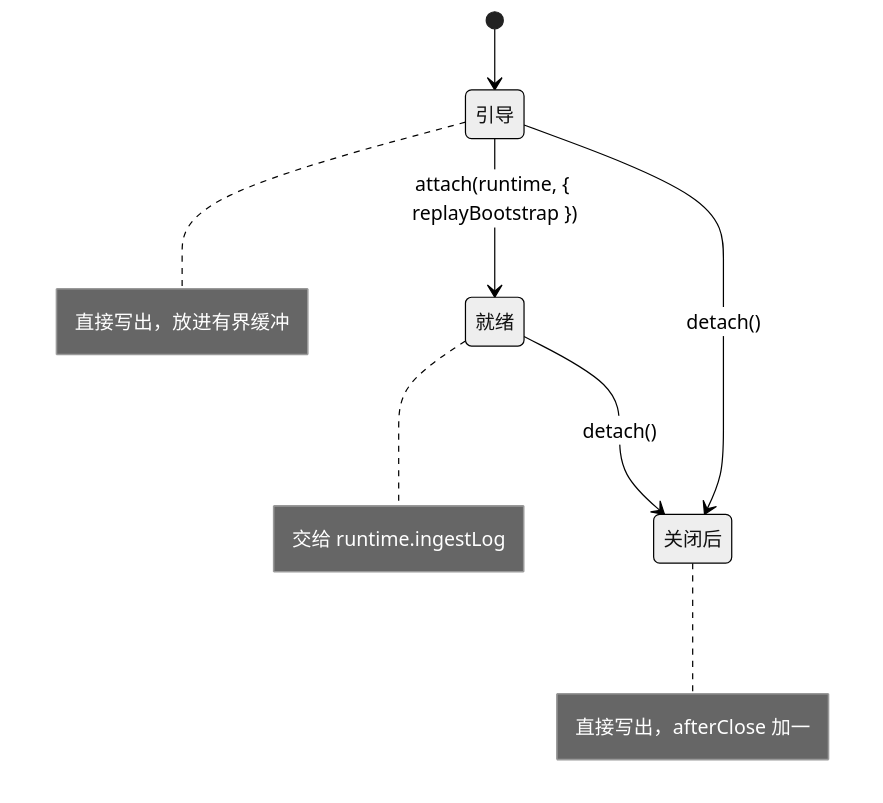
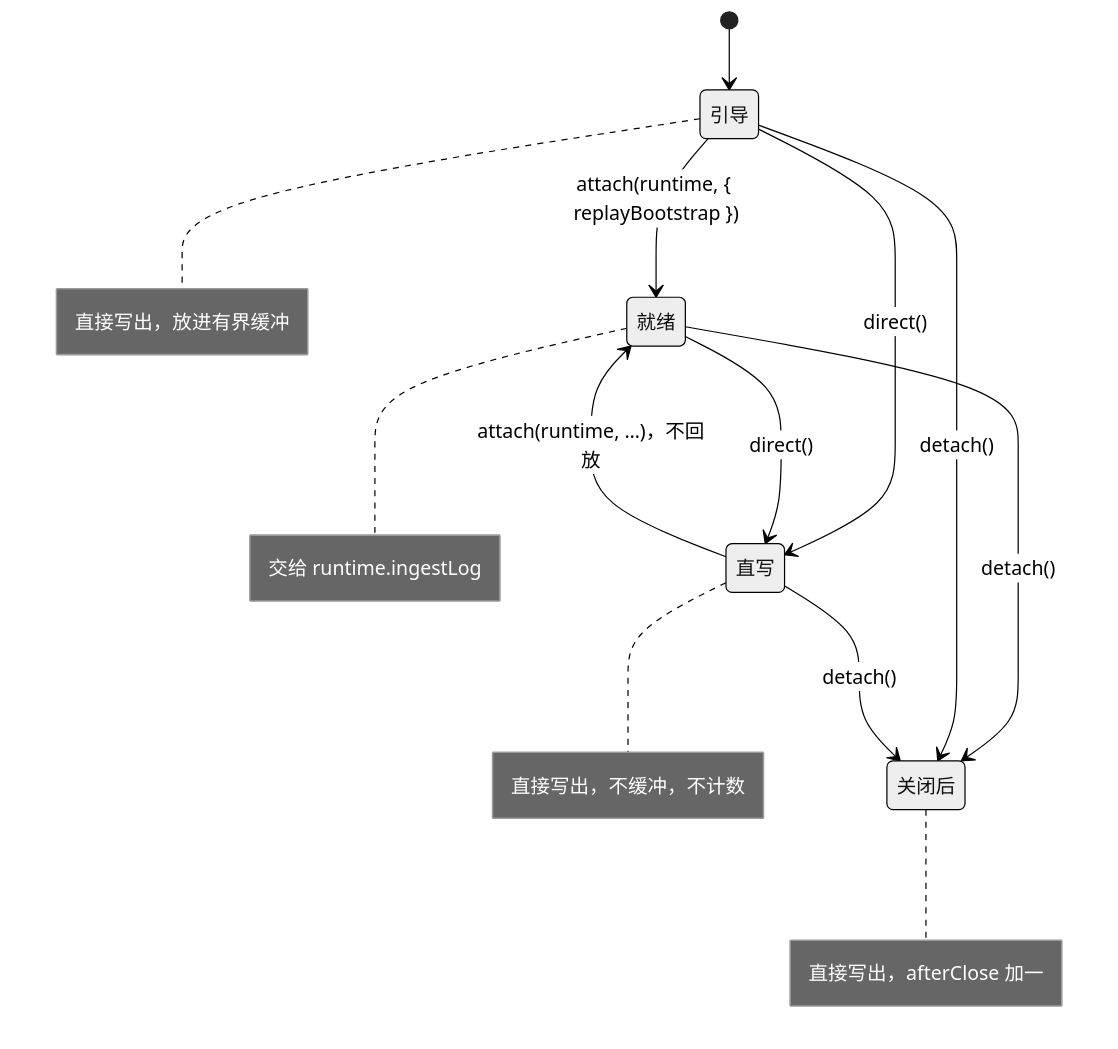
Before and after one commit to nemori-ai/omne-harness-lite: the third of 4 diagrams in packages/telemetry/telemetry-node/docs/flows.md, drawn with Mermaid (neutral theme). The commit also changed other lines of this file and 37 other files, not shown here.

````diff
--- a/packages/telemetry/telemetry-node/docs/flows.md
+++ b/packages/telemetry/telemetry-node/docs/flows.md
@@ -55,10 +57,15 @@
 ```mermaid
 stateDiagram-v2
   [*] --> 引导
   引导 --> 就绪: attach(runtime, { replayBootstrap })
+  引导 --> 直写: direct()
+  就绪 --> 直写: direct()
+  直写 --> 就绪: attach(runtime, …)，不回放
   就绪 --> 关闭后: detach()
   引导 --> 关闭后: detach()
+  直写 --> 关闭后: detach()
   note right of 引导: 直接写出，放进有界缓冲
   note right of 就绪: 交给 runtime.ingestLog
+  note right of 直写: 直接写出，不缓冲，不计数
   note right of 关闭后: 直接写出，afterClose 加一
 ```
````
